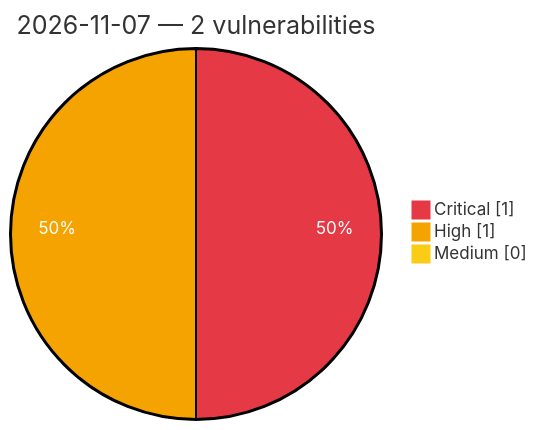
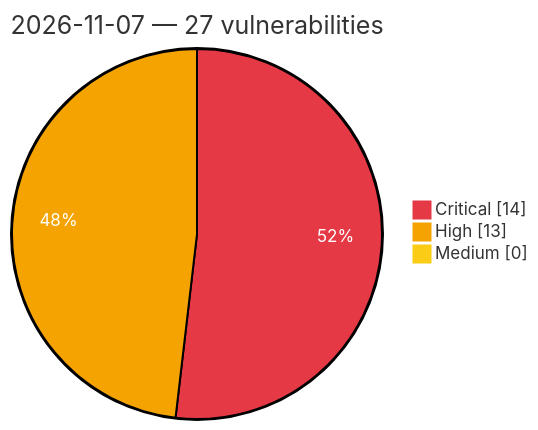
One commit to GhostX0X/vuln-tracker changed the diagram in vulnerabilities/2026/November/2026-11-07.md. Above: the diagram before and after it, drawn with Mermaid. The commit also changed other lines of this file and 5 other files, not shown here.

Commit message:
Auto update: critical/high vulns (2026-11-07 11:43 UTC)

````diff
--- a/vulnerabilities/2026/November/2026-11-07.md
+++ b/vulnerabilities/2026/November/2026-11-07.md
@@ -3,8 +3,8 @@
 ```mermaid
 %%{init: {'theme':'base', 'themeVariables': {'pie1':'#e63946', 'pie2':'#f4a300', 'pie3':'#facc15', 'pieOpacity':'1', 'pieOuterStrokeWidth':'2px', 'pieSectionTextColor':'#ffffff'}}}%%
 pie showData
-    title 2026-11-07 — 2 vulnerabilities
-    "Critical" : 1
-    "High" : 1
+    title 2026-11-07 — 27 vulnerabilities
+    "Critical" : 14
+    "High" : 13
     "Medium" : 0
 ```
````
